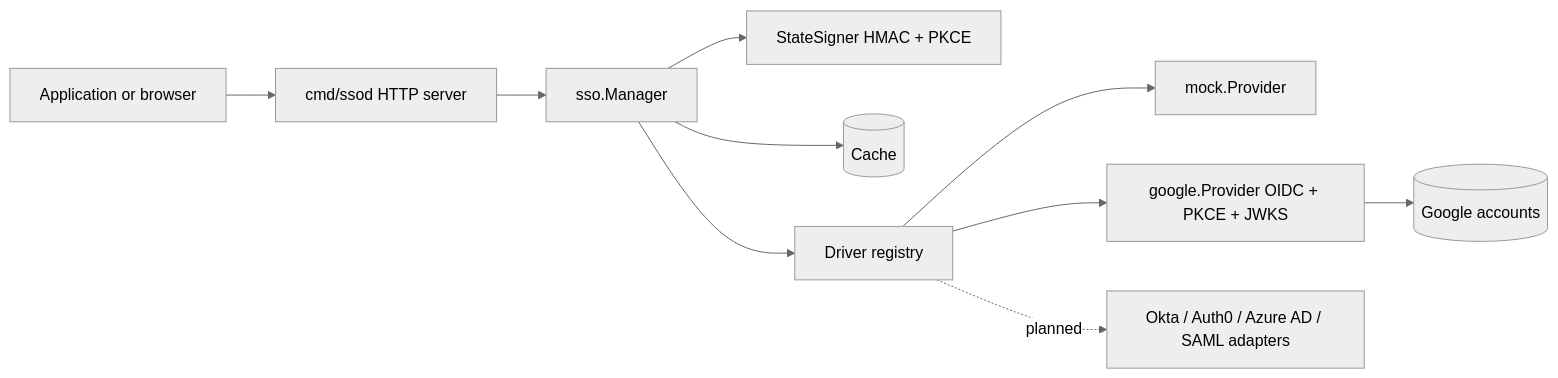
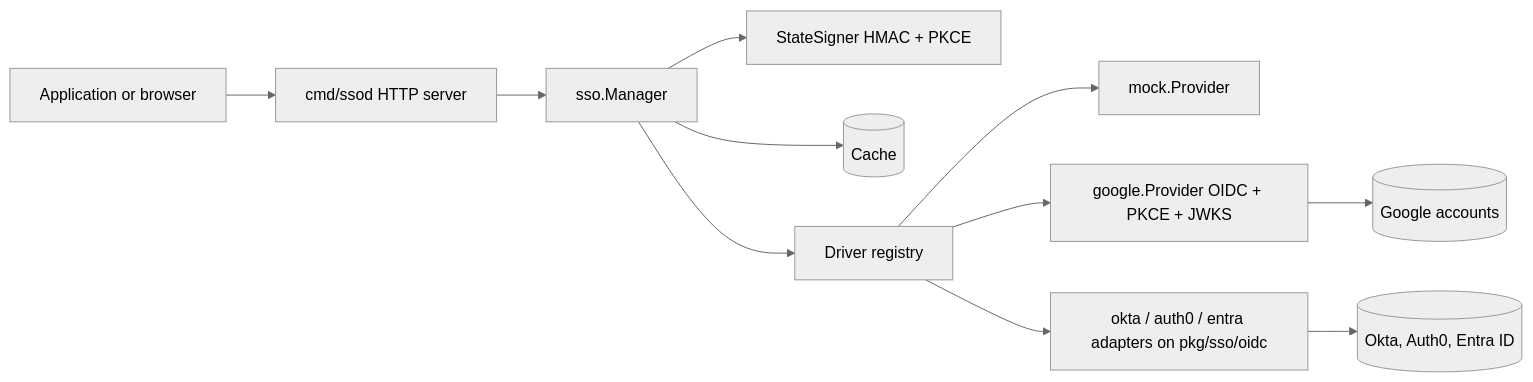
One commit to aairom/universal-sso changed the first of 2 diagrams in README.md. Above: the diagram before and after it, drawn with Mermaid (neutral theme). The commit also changed other lines of this file and 14 other files, not shown here.

````diff
--- a/README.md
+++ b/README.md
@@ -9,12 +9,13 @@
 ```mermaid
 flowchart LR
     App[Application or browser] --> H[cmd/ssod HTTP server]
     H --> M[sso.Manager]
     M --> S[StateSigner HMAC + PKCE]
     M --> C[(Cache)]
     M --> R[Driver registry]
     R --> P1[mock.Provider]
     R --> P3[google.Provider OIDC + PKCE + JWKS]
     P3 --> G[(Google accounts)]
-    R -.planned.-> P2[Okta / Auth0 / Azure AD / SAML adapters]
+    R --> P2[okta / auth0 / entra adapters on pkg/sso/oidc]
+    P2 --> I[(Okta, Auth0, Entra ID)]
 ```
````
